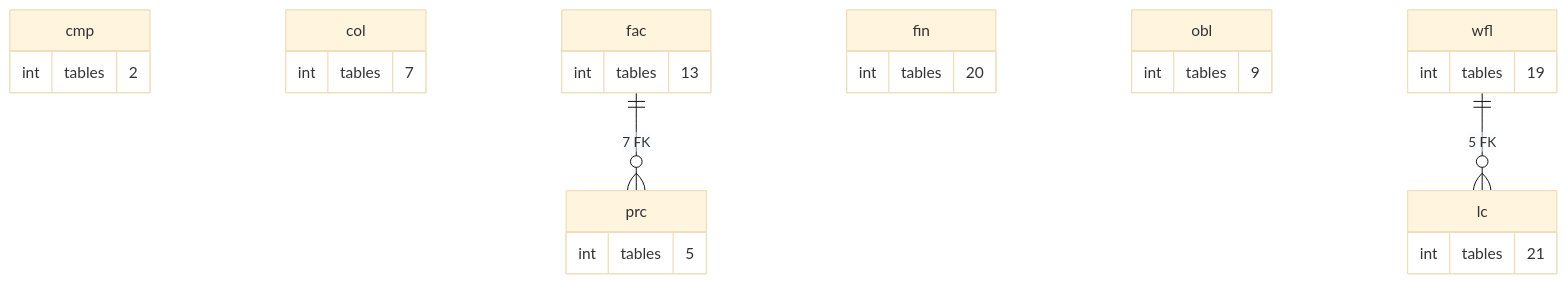
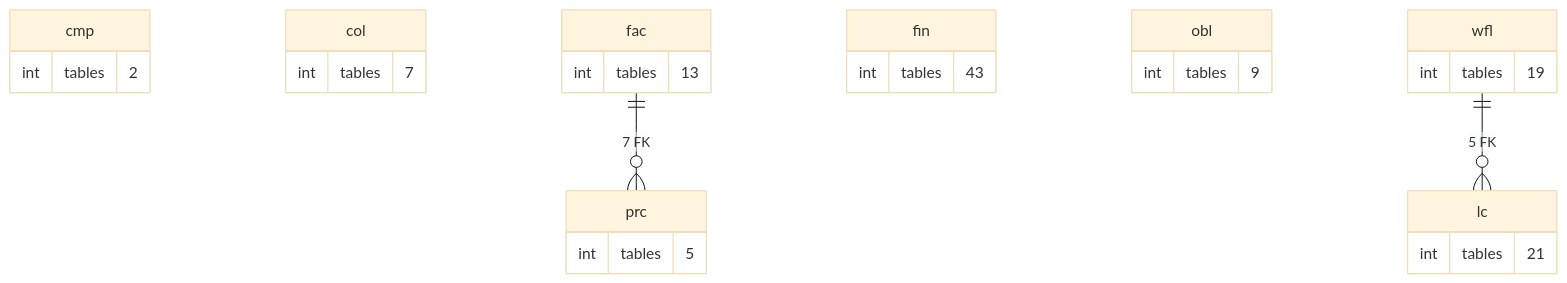
The diagram in treasury-platform/docs/diagrams/erd/schema_map_2.mmd (thawrasy/smartlines), drawn with Mermaid (base theme) before and after one commit. The commit also changed 201 other files, not shown here.

```diff
--- a/treasury-platform/docs/diagrams/erd/schema_map_2.mmd
+++ b/treasury-platform/docs/diagrams/erd/schema_map_2.mmd
@@ -1,28 +1,28 @@
 %% التسهيلات والعمليات: التسعير والضمانات والالتزامات والبيانات المالية والطلبات والاعتمادات: العلاقة = عدد المفاتيح الأجنبية بين المخططين (≥ 5)
 erDiagram
   cmp {
     int tables "2"
   }
   col {
     int tables "7"
   }
   fac {
     int tables "13"
   }
   fin {
-    int tables "20"
+    int tables "43"
   }
   lc {
     int tables "21"
   }
   obl {
     int tables "9"
   }
   prc {
     int tables "5"
   }
   wfl {
     int tables "19"
   }
   fac ||--o{ prc : "7 FK"
   wfl ||--o{ lc : "5 FK"
```
